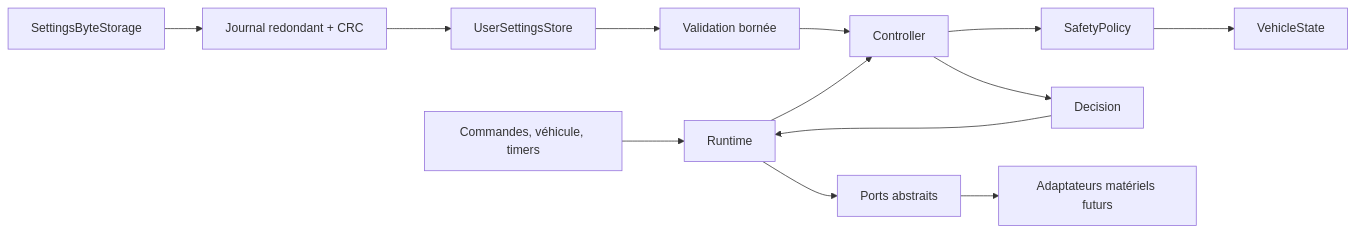
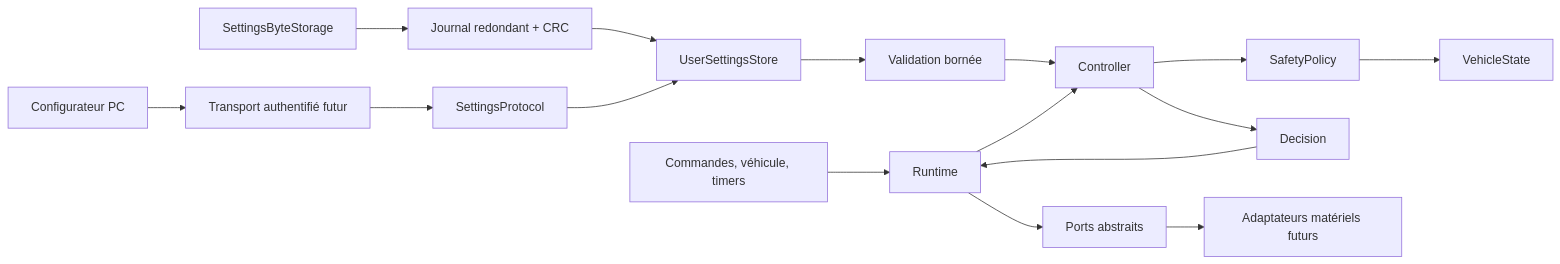
Before and after one commit to Synaro/BMW-E9x-Remote-Control: the first of 3 diagrams in docs/architecture.md, drawn with Mermaid. The commit also changed other lines of this file and 18 other files, not shown here.

Commit message:
Add transport-neutral settings protocol

````diff
--- a/docs/architecture.md
+++ b/docs/architecture.md
@@ -14,15 +14,18 @@
 ```mermaid
 flowchart LR
     Sources["Commandes, véhicule, timers"] --> Runtime["Runtime"]
     Bytes["SettingsByteStorage"] --> Journal["Journal redondant + CRC"]
     Journal --> Settings["UserSettingsStore"]
+    Configurator["Configurateur PC"] --> Transport["Transport authentifié futur"]
+    Transport --> Protocol["SettingsProtocol"]
+    Protocol --> Settings
     Settings --> Validation["Validation bornée"]
     Validation --> Controller
     Runtime --> Controller["Controller"]
     Controller --> Policy["SafetyPolicy"]
     Policy --> Model["VehicleState"]
     Controller --> Decision["Decision"]
     Decision --> Runtime
     Runtime --> Ports["Ports abstraits"]
     Ports --> Adapters["Adaptateurs matériels futurs"]
 ```
````
